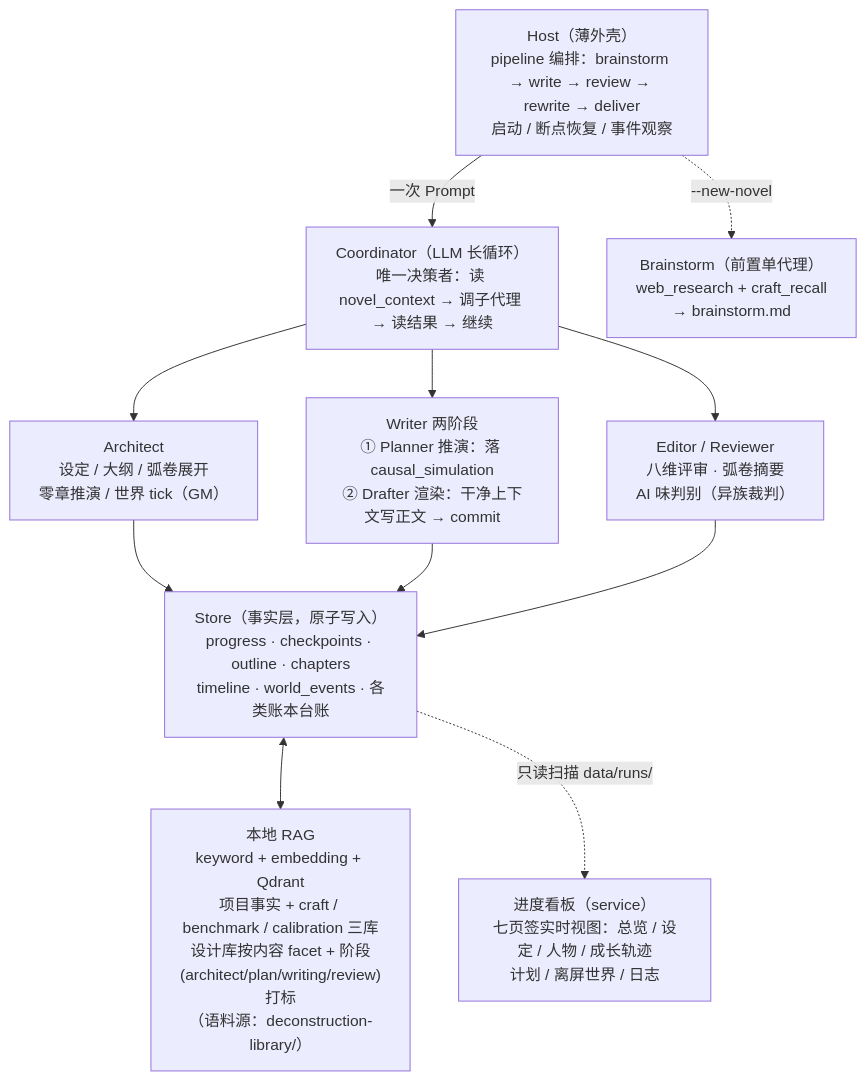
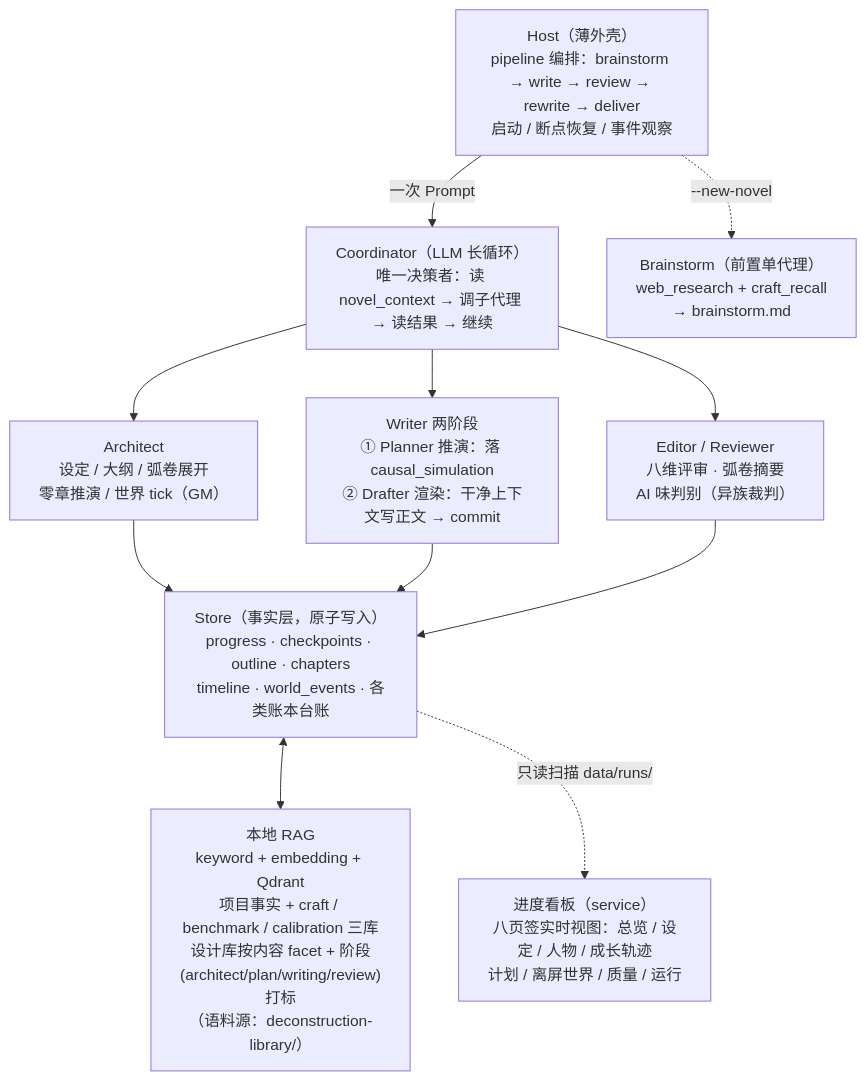
The fourth of 6 diagrams in README.md (Xiaoyangy/novel-studio), drawn with Mermaid before and after one commit. The commit also changed other lines of this file and 5 other files, not shown here.

````diff
--- a/README.md
+++ b/README.md
@@ -127,14 +261,14 @@
 ```mermaid
 flowchart TD
     P["Host（薄外壳）<br/>pipeline 编排：brainstorm → write → review → rewrite → deliver<br/>启动 / 断点恢复 / 事件观察"]
     P -->|一次 Prompt| CO["Coordinator（LLM 长循环）<br/>唯一决策者：读 novel_context → 调子代理 → 读结果 → 继续"]
     P -.->|"--new-novel"| BS["Brainstorm（前置单代理）<br/>web_research + craft_recall<br/>→ brainstorm.md"]
     CO --> AR["Architect<br/>设定 / 大纲 / 弧卷展开<br/>零章推演 / 世界 tick（GM）"]
     CO --> WR["Writer 两阶段<br/>① Planner 推演：落 causal_simulation<br/>② Drafter 渲染：干净上下文写正文 → commit"]
     CO --> ED["Editor / Reviewer<br/>八维评审 · 弧卷摘要<br/>AI 味判别（异族裁判）"]
     AR --> ST["Store（事实层，原子写入）<br/>progress · checkpoints · outline · chapters<br/>timeline · world_events · 各类账本台账"]
     WR --> ST
     ED --> ST
     ST <--> RAG["本地 RAG<br/>keyword + embedding + Qdrant<br/>项目事实 + craft / benchmark / calibration 三库<br/>设计库按内容 facet + 阶段(architect/plan/writing/review)打标<br/>（语料源：deconstruction-library/）"]
-    ST -.->|"只读扫描 data/runs/"| VIEW["进度看板（service）<br/>七页签实时视图：总览 / 设定 / 人物 / 成长轨迹<br/>计划 / 离屏世界 / 日志"]
+    ST -.->|"只读扫描 data/runs/"| VIEW["进度看板（service）<br/>八页签实时视图：总览 / 设定 / 人物 / 成长轨迹<br/>计划 / 离屏世界 / 质量 / 运行"]
 ```
````
